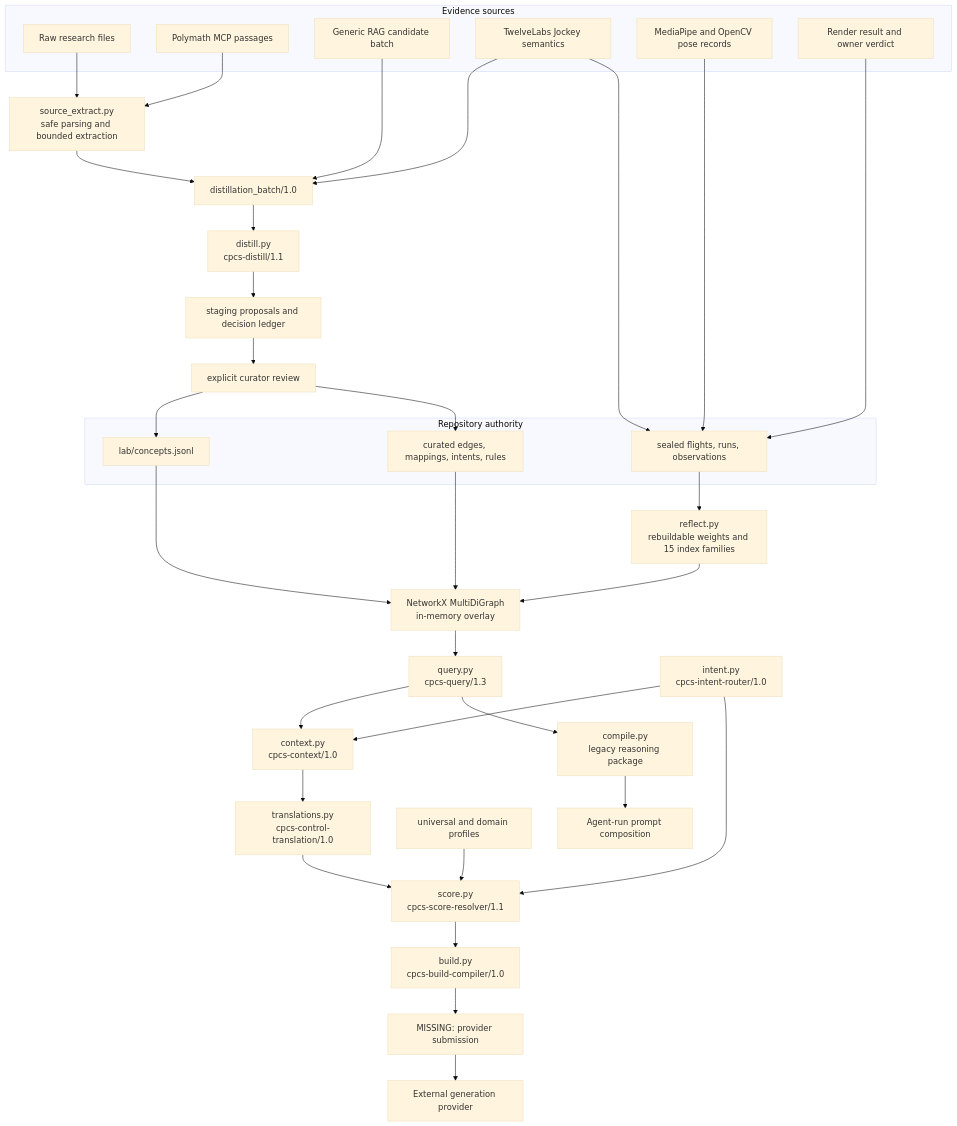
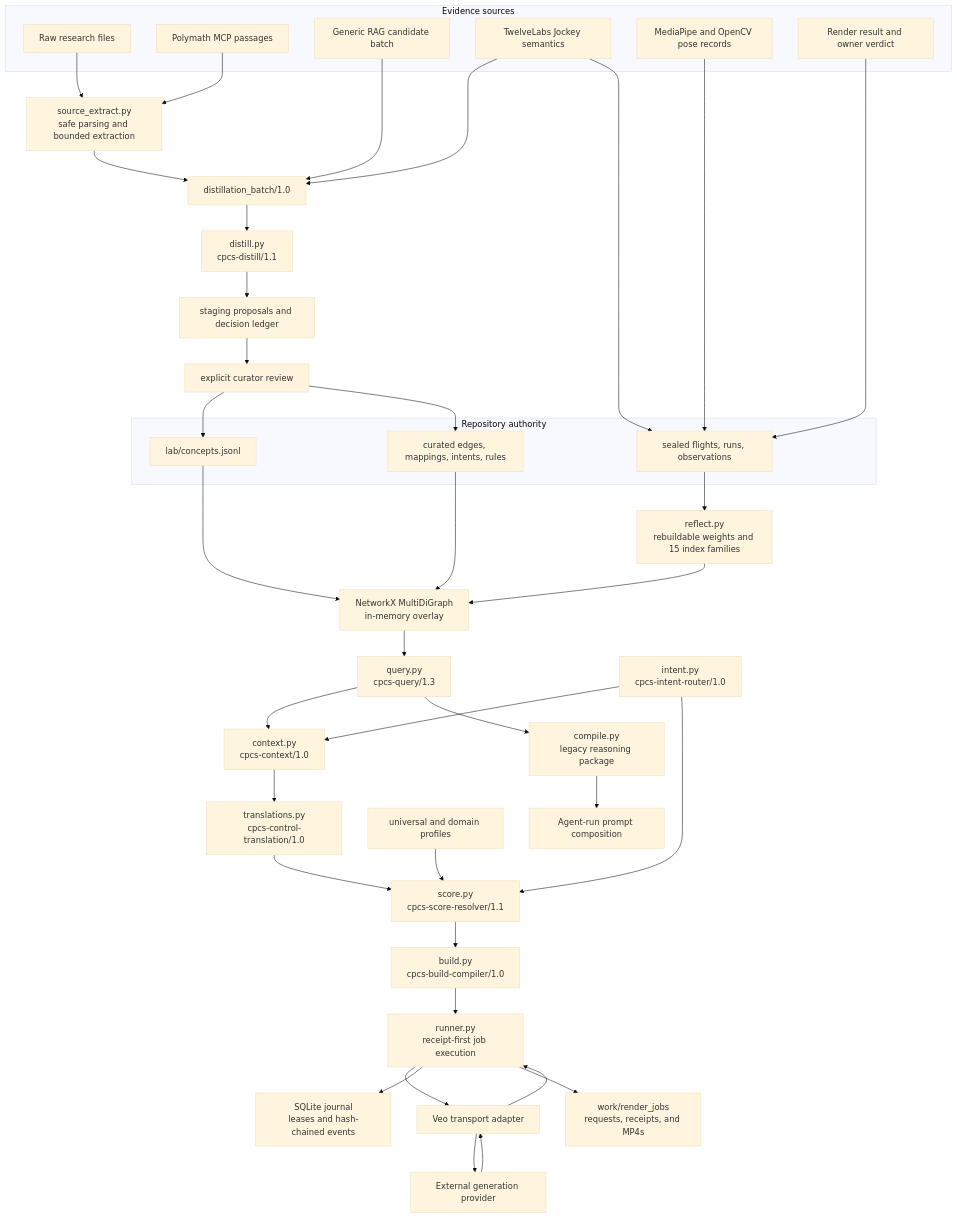
One commit to Kingsley-Cyber/ai-video-movement-prompt-system changed the second of 3 diagrams in ARCHITECTURE.md. Above: the diagram before and after it, drawn with Mermaid (base theme). The commit also changed other lines of this file and 24 other files, not shown here.

First line of the commit message:
Add journaled provider render execution

````diff
--- a/ARCHITECTURE.md
+++ b/ARCHITECTURE.md
@@ -504,59 +515,65 @@
 ```mermaid
 flowchart TB
     subgraph Sources["Evidence sources"]
         Raw["Raw research files"]
         Poly["Polymath MCP passages"]
         Generic["Generic RAG candidate batch"]
         Jockey["TwelveLabs Jockey semantics"]
         Pose["MediaPipe and OpenCV pose records"]
         Verdict["Render result and owner verdict"]
     end
 
     SourceExtract["source_extract.py\nsafe parsing and bounded extraction"]
     Batch["distillation_batch/1.0"]
     Distill["distill.py\ncpcs-distill/1.1"]
     Staging["staging proposals and decision ledger"]
     Review["explicit curator review"]
 
     subgraph Authority["Repository authority"]
         Concepts["lab/concepts.jsonl"]
         Curated["curated edges, mappings, intents, rules"]
         Immutable["sealed flights, runs, observations"]
     end
 
     Reflect["reflect.py\nrebuildable weights and 15 index families"]
     Graph["NetworkX MultiDiGraph\nin-memory overlay"]
     Query["query.py\ncpcs-query/1.3"]
     Context["context.py\ncpcs-context/1.0"]
     Intent["intent.py\ncpcs-intent-router/1.0"]
     Translate["translations.py\ncpcs-control-translation/1.0"]
     Profiles["universal and domain profiles"]
     Score["score.py\ncpcs-score-resolver/1.1"]
     Compile["compile.py\nlegacy reasoning package"]
     Build["build.py\ncpcs-build-compiler/1.0"]
-    MissingSubmit["MISSING: provider submission"]
+    Runner["runner.py\nreceipt-first job execution"]
+    Journal["SQLite journal\nleases and hash-chained events"]
+    Adapter["Veo transport adapter"]
+    Artifacts["work/render_jobs\nrequests, receipts, and MP4s"]
     ManualPrompt["Agent-run prompt composition"]
     Provider["External generation provider"]
 
     Raw --> SourceExtract --> Batch
     Poly --> SourceExtract
     Generic --> Batch
     Jockey --> Batch
     Batch --> Distill --> Staging --> Review
     Review --> Concepts
     Review --> Curated
     Jockey --> Immutable
     Pose --> Immutable
     Verdict --> Immutable
     Immutable --> Reflect
     Reflect --> Graph
     Concepts --> Graph
     Curated --> Graph
     Graph --> Query --> Context
     Intent --> Context
     Intent --> Score
     Context --> Translate --> Score
     Profiles --> Score
-    Score --> Build --> MissingSubmit --> Provider
+    Score --> Build --> Runner --> Adapter --> Provider
+    Provider --> Adapter --> Runner
+    Runner --> Journal
+    Runner --> Artifacts
     Query --> Compile --> ManualPrompt
 ```
````
